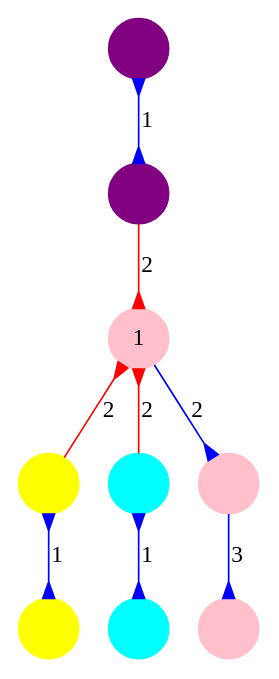
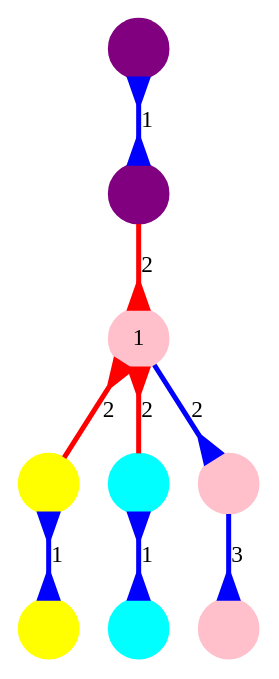
Before and after one commit to sgolodetz/thesis: the diagram in segmentation/graphs/comparison/smg-output.gv, drawn with Graphviz. The commit also changed 7 other files, not shown here.

Commit message:
Finished making the waterfall diagrams clearer (for now).

```diff
--- a/segmentation/graphs/comparison/smg-output.gv
+++ b/segmentation/graphs/comparison/smg-output.gv
@@ -1,24 +1,24 @@
 digraph
 {
 	node [shape=circle, style=filled, label=""];
-	edge [dir=both, color=blue, arrowtail=none, arrowhead=none];
+	edge [dir=both, color=blue, arrowtail=none, arrowhead=none, penwidth=3, arrowsize=1.5];
 
 	n00 -> n10 [label=1, arrowtail=inv, arrowhead=inv];
 	n10 -> n20 [label=2, arrowhead=inv, color=red];
 	n20 -> n30 [label=2, arrowtail=inv, color=red];
 	n20 -> n31 [label=2, arrowtail=inv, color=red];
 	n20 -> n32 [label=2, arrowhead=inv];
 	n30 -> n40 [label=1, arrowtail=inv, arrowhead=inv];
 	n31 -> n41 [label=1, arrowtail=inv, arrowhead=inv];
 	n32 -> n42 [label=3, arrowhead=inv];
 
 	n00 [color=purple];
 	n10 [color=purple];
 	n20 [color=pink, label=1];
 	n32 [color=pink];
 	n42 [color=pink];
 	n30 [color=yellow];
 	n40 [color=yellow];
 	n31 [color=cyan];
 	n41 [color=cyan];
 }
```
